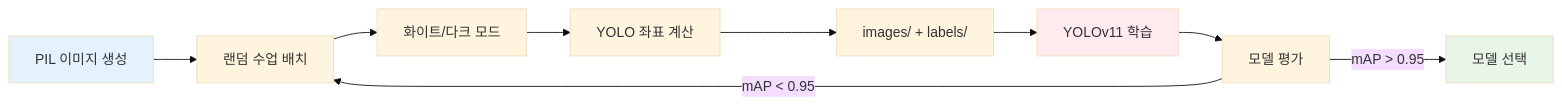
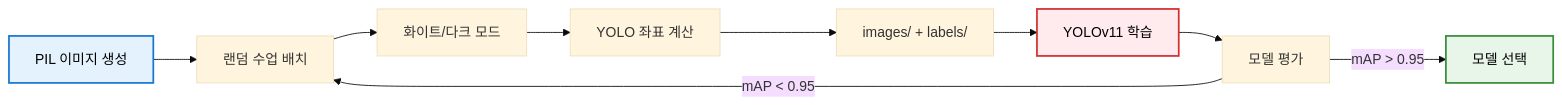
Before and after one commit to Jaehyeon-kr/Every_Alarm: the second of 6 diagrams in README.md, drawn with Mermaid (base theme). The commit also changed other lines of this file, not shown here.

````diff
--- a/README.md
+++ b/README.md
@@ -149,15 +149,15 @@
 ```mermaid
 flowchart LR
     A[PIL 이미지 생성] --> B[랜덤 수업 배치]
     B --> C[화이트/다크 모드]
     C --> D[YOLO 좌표 계산]
     D --> E[images/ + labels/]
     E --> F[YOLOv11 학습]
     F --> G[모델 평가]
     G -->|mAP > 0.95| H[모델 선택]
     G -->|mAP < 0.95| B
 
-    style A fill:#e3f2fd
-    style F fill:#ffebee
-    style H fill:#e8f5e9
+    style A fill:#e3f2fd,stroke:#1976d2,stroke-width:2px,color:#000
+    style F fill:#ffebee,stroke:#d32f2f,stroke-width:2px,color:#000
+    style H fill:#e8f5e9,stroke:#388e3c,stroke-width:2px,color:#000
 ```
````
